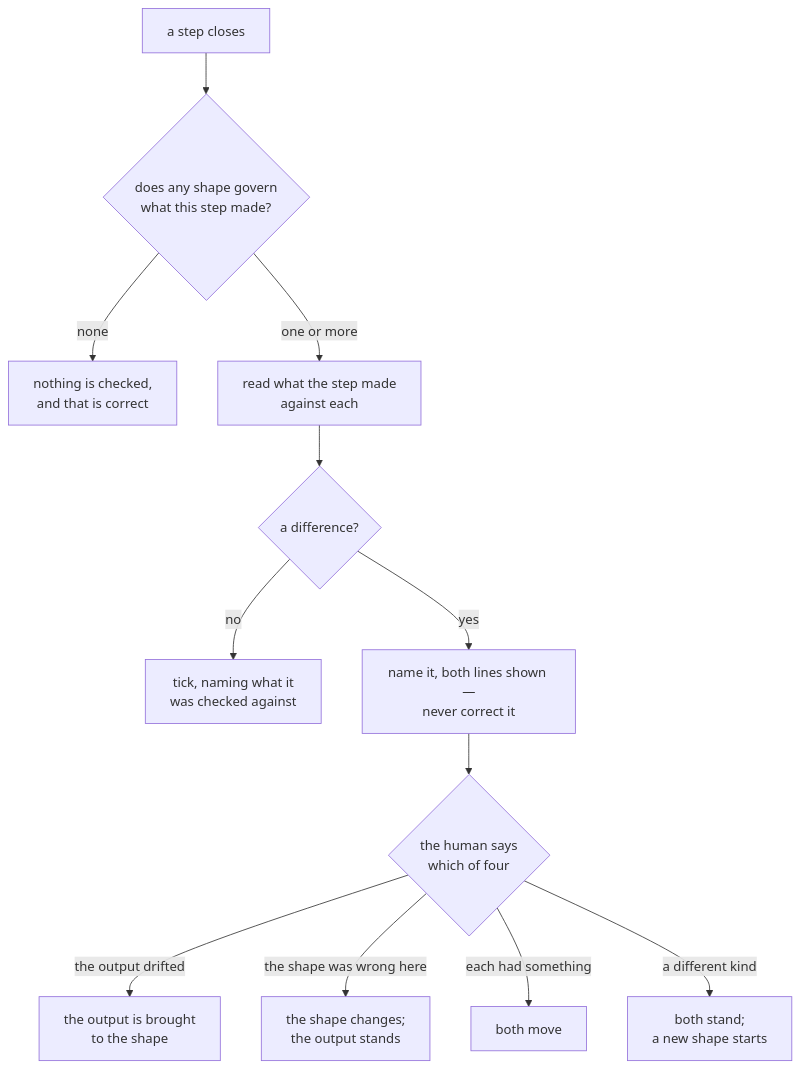
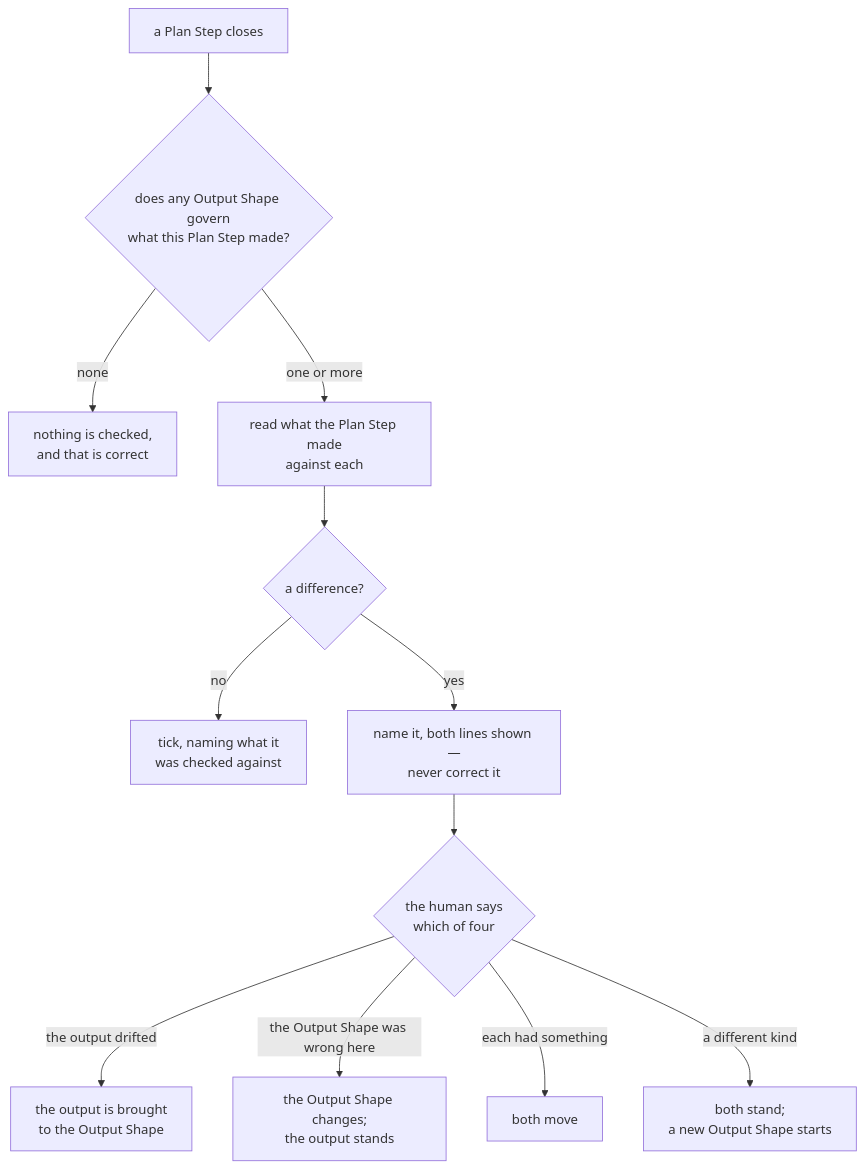
The second of 2 diagrams in docs/conventions/shapes/README.md (edgaras87/correctness-by-construction), drawn with Mermaid before and after one commit. The commit also changed other lines of this file and 1 other file, not shown here.

````diff
--- a/docs/conventions/shapes/README.md
+++ b/docs/conventions/shapes/README.md
@@ -250,14 +261,14 @@
 ```mermaid
 flowchart TB
-  CLOSE["a step closes"] --> GOV{"does any shape govern<br/>what this step made?"}
+  CLOSE["a Plan Step closes"] --> GOV{"does any Output Shape govern<br/>what this Plan Step made?"}
   GOV -->|none| NONE["nothing is checked,<br/>and that is correct"]
-  GOV -->|one or more| READ["read what the step made<br/>against each"]
+  GOV -->|one or more| READ["read what the Plan Step made<br/>against each"]
   READ --> DIFF{"a difference?"}
   DIFF -->|no| TICK["tick, naming what it<br/>was checked against"]
   DIFF -->|yes| PROP["name it, both lines shown —<br/>never correct it"]
   PROP --> WHO{"the human says<br/>which of four"}
-  WHO -->|"the output drifted"| A["the output is brought<br/>to the shape"]
-  WHO -->|"the shape was wrong here"| B["the shape changes;<br/>the output stands"]
+  WHO -->|"the output drifted"| A["the output is brought<br/>to the Output Shape"]
+  WHO -->|"the Output Shape was wrong here"| B["the Output Shape changes;<br/>the output stands"]
   WHO -->|"each had something"| C["both move"]
-  WHO -->|"a different kind"| D["both stand;<br/>a new shape starts"]
+  WHO -->|"a different kind"| D["both stand;<br/>a new Output Shape starts"]
 ```
````
